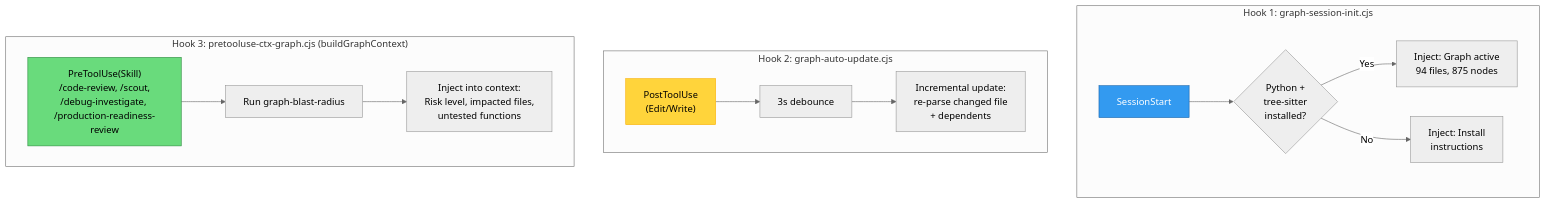
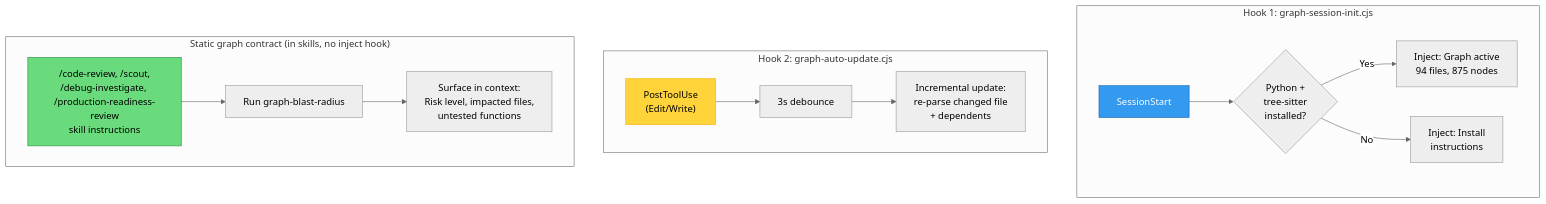
One commit to duc01226/easy-claude changed diagram 17 of 20 in .claude/docs/claude-ai-agent-framework-guide.md. Above: the diagram before and after it, drawn with Mermaid (neutral theme). The commit also changed other lines of this file and 43 other files, not shown here.

````diff
--- a/.claude/docs/claude-ai-agent-framework-guide.md
+++ b/.claude/docs/claude-ai-agent-framework-guide.md
@@ -2950,22 +2930,22 @@
 ```mermaid
 graph TB
     subgraph "Hook 1: graph-session-init.cjs"
         SE["SessionStart"] --> CHK{"Python +<br/>tree-sitter<br/>installed?"}
         CHK -->|Yes| STAT["Inject: Graph active<br/>94 files, 875 nodes"]
         CHK -->|No| GUIDE["Inject: Install<br/>instructions"]
     end
 
     subgraph "Hook 2: graph-auto-update.cjs"
         EDIT["PostToolUse<br/>(Edit/Write)"] --> DEB["3s debounce"]
         DEB --> INC["Incremental update:<br/>re-parse changed file<br/>+ dependents"]
     end
 
-    subgraph "Hook 3: pretooluse-ctx-graph.cjs (buildGraphContext)"
-        SKILL["PreToolUse(Skill)<br/>/code-review, /scout,<br/>/debug-investigate, /production-readiness-review"] --> BR["Run graph-blast-radius"]
-        BR --> INJ["Inject into context:<br/>Risk level, impacted files,<br/>untested functions"]
+    subgraph "Static graph contract (in skills, no inject hook)"
+        SKILL["/code-review, /scout,<br/>/debug-investigate, /production-readiness-review<br/>skill instructions"] --> BR["Run graph-blast-radius"]
+        BR --> INJ["Surface in context:<br/>Risk level, impacted files,<br/>untested functions"]
     end
 
     style SE fill:#339af0,stroke:#1864ab,color:#fff
     style EDIT fill:#ffd43b,stroke:#fab005
     style SKILL fill:#69db7c,stroke:#2b8a3e
 ```
````
